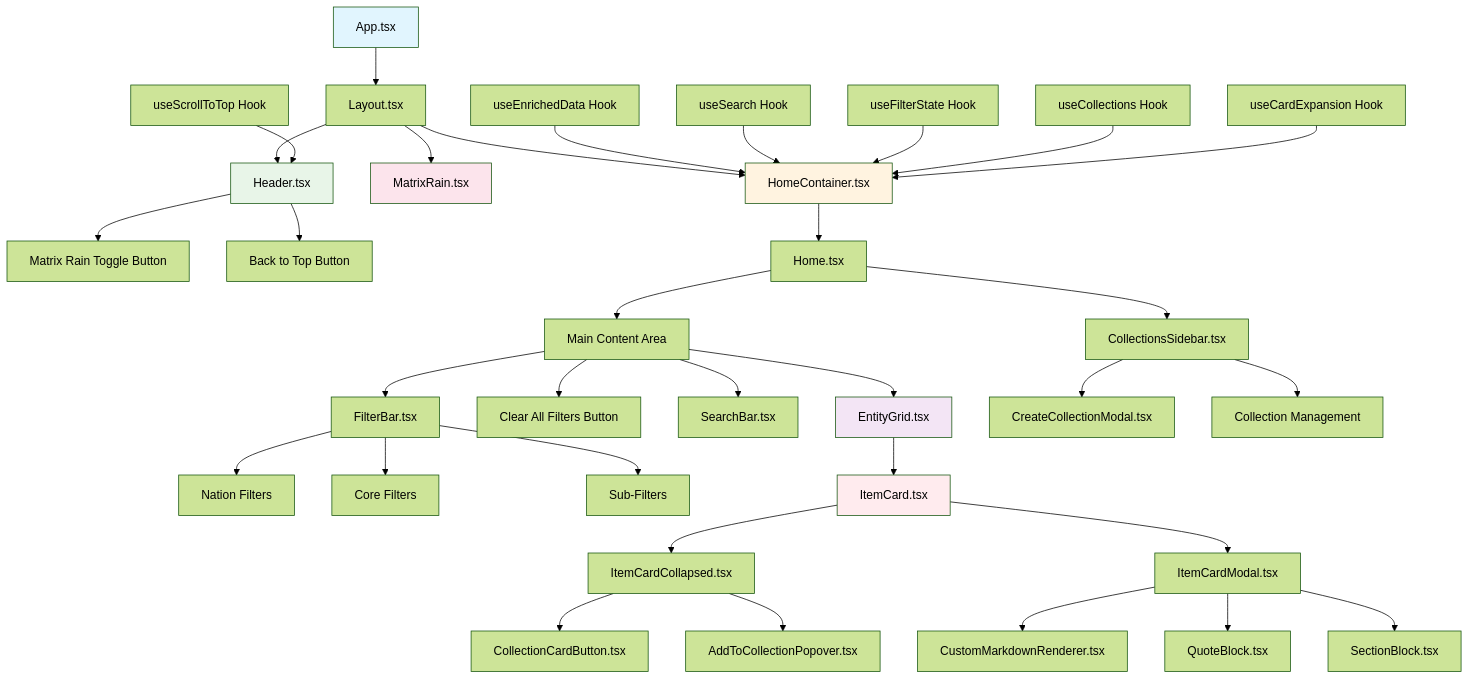
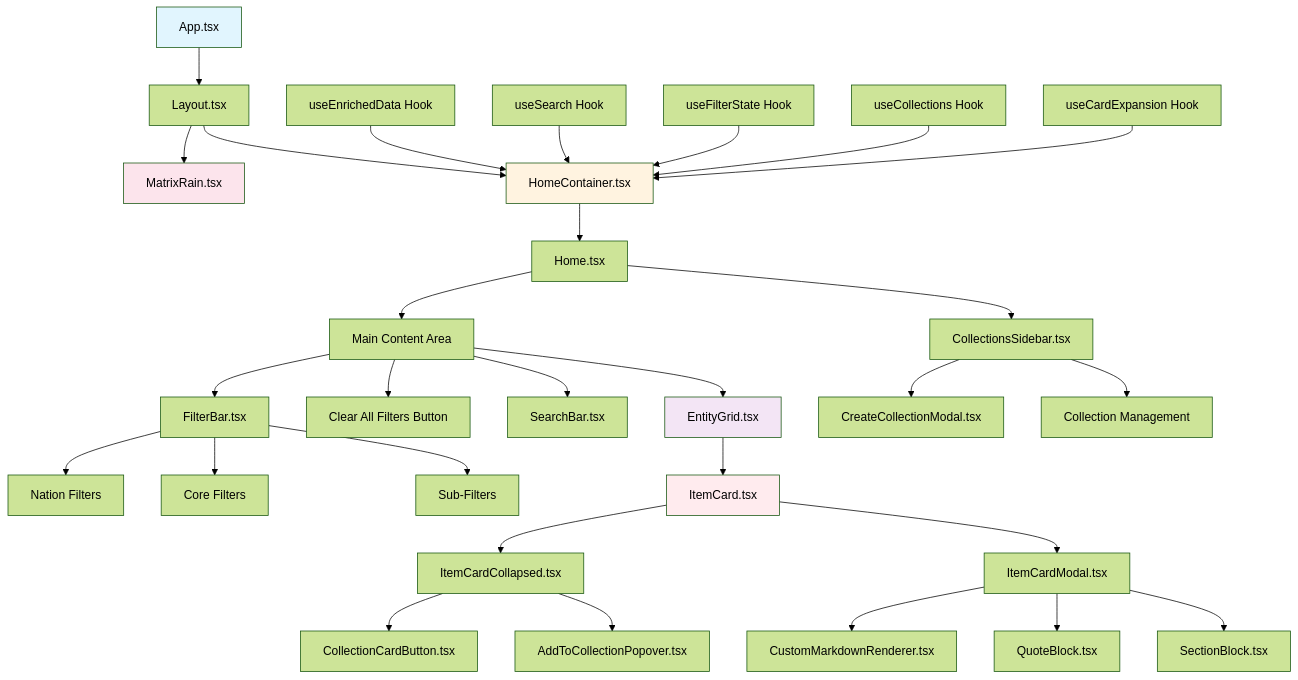
One commit to AustroMelee/Austros-ATLA-World changed the first of 3 diagrams in docs/frontend_architecture.md. Above: the diagram before and after it, drawn with Mermaid (forest theme). The commit also changed other lines of this file and 165 other files, not shown here.

````diff
--- a/docs/frontend_architecture.md
+++ b/docs/frontend_architecture.md
@@ -5,51 +5,45 @@
 ```mermaid
 graph TD
     A[App.tsx] --> B[Layout.tsx]
-    B --> C[Header.tsx]
-    B --> D[MatrixRain.tsx]
-    B --> E[HomeContainer.tsx]
+    B --> C[MatrixRain.tsx]
+    B --> D[HomeContainer.tsx]
     
-    C --> F[Matrix Rain Toggle Button]
-    C --> G[Back to Top Button]
+    D --> E[Home.tsx]
+    E --> F[CollectionsSidebar.tsx]
+    E --> G[Main Content Area]
     
-    E --> H[Home.tsx]
-    H --> I[CollectionsSidebar.tsx]
-    H --> J[Main Content Area]
+    G --> H[FilterBar.tsx]
+    G --> I[Clear All Filters Button]
+    G --> J[SearchBar.tsx]
+    G --> K[EntityGrid.tsx]
     
-    J --> K[FilterBar.tsx]
-    J --> L[Clear All Filters Button]
-    J --> M[SearchBar.tsx]
-    J --> N[EntityGrid.tsx]
+    F --> L[CreateCollectionModal.tsx]
+    F --> M[Collection Management]
     
-    I --> O[CreateCollectionModal.tsx]
-    I --> P[Collection Management]
+    H --> N[Nation Filters]
+    H --> O[Core Filters]
+    H --> P[Sub-Filters]
     
-    K --> Q[Nation Filters]
-    K --> R[Core Filters]
-    K --> S[Sub-Filters]
+    K --> Q[ItemCard.tsx]
+    Q --> R[ItemCardCollapsed.tsx]
+    Q --> S[ItemCardModal.tsx]
     
-    N --> T[ItemCard.tsx]
-    T --> U[ItemCardCollapsed.tsx]
-    T --> V[ItemCardModal.tsx]
+    R --> T[CollectionCardButton.tsx]
+    R --> U[AddToCollectionPopover.tsx]
     
-    U --> W[CollectionCardButton.tsx]
-    U --> X[AddToCollectionPopover.tsx]
+    S --> V[CustomMarkdownRenderer.tsx]
+    S --> W[QuoteBlock.tsx]
+    S --> X[SectionBlock.tsx]
     
-    V --> Y[CustomMarkdownRenderer.tsx]
-    V --> Z[QuoteBlock.tsx]
-    V --> AA[SectionBlock.tsx]
-    
-    BB[useEnrichedData Hook] --> E
-    CC[useSearch Hook] --> E
-    DD[useFilterState Hook] --> E
-    EE[useCollections Hook] --> E
-    FF[useCardExpansion Hook] --> E
-    GG[useScrollToTop Hook] --> C
+    Y[useEnrichedData Hook] --> D
+    Z[useSearch Hook] --> D
+    AA[useFilterState Hook] --> D
+    BB[useCollections Hook] --> D
+    CC[useCardExpansion Hook] --> D
     
     style A fill:#e1f5fe
-    style E fill:#fff3e0
-    style N fill:#f3e5f5
-    style T fill:#ffebee
-    style D fill:#fce4ec
-    style C fill:#e8f5e8
+    style D fill:#fff3e0
+    style K fill:#f3e5f5
+    style Q fill:#ffebee
+    style C fill:#fce4ec
 ```
````
